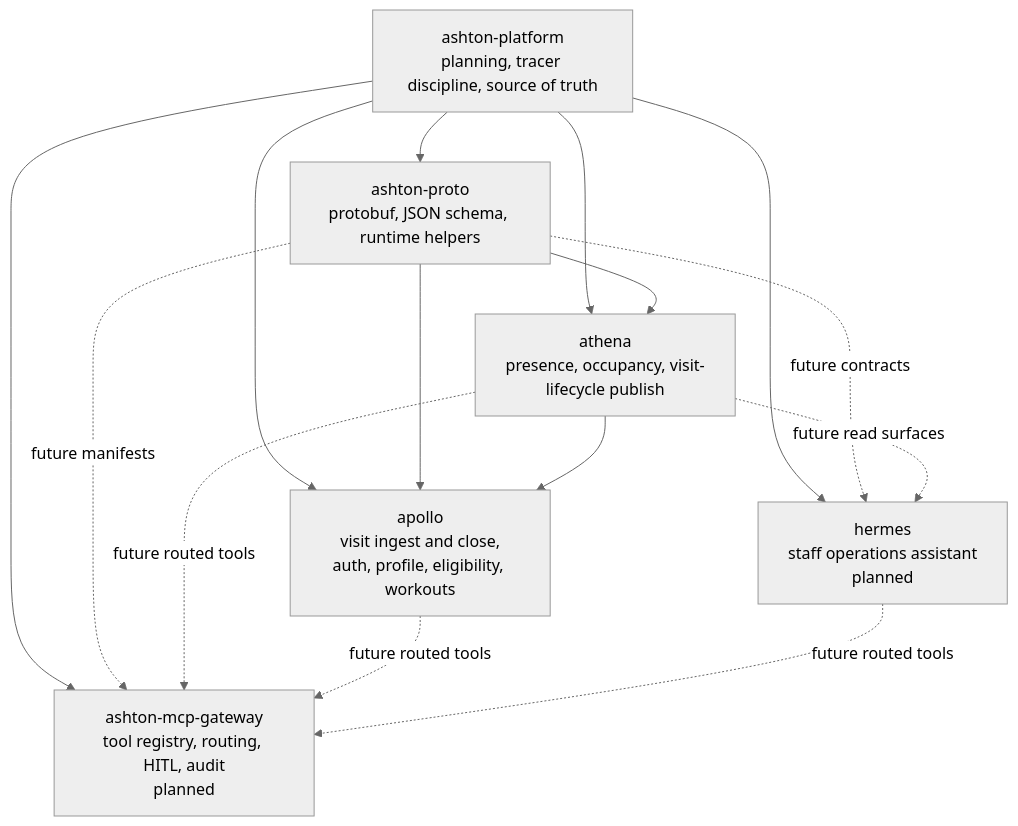
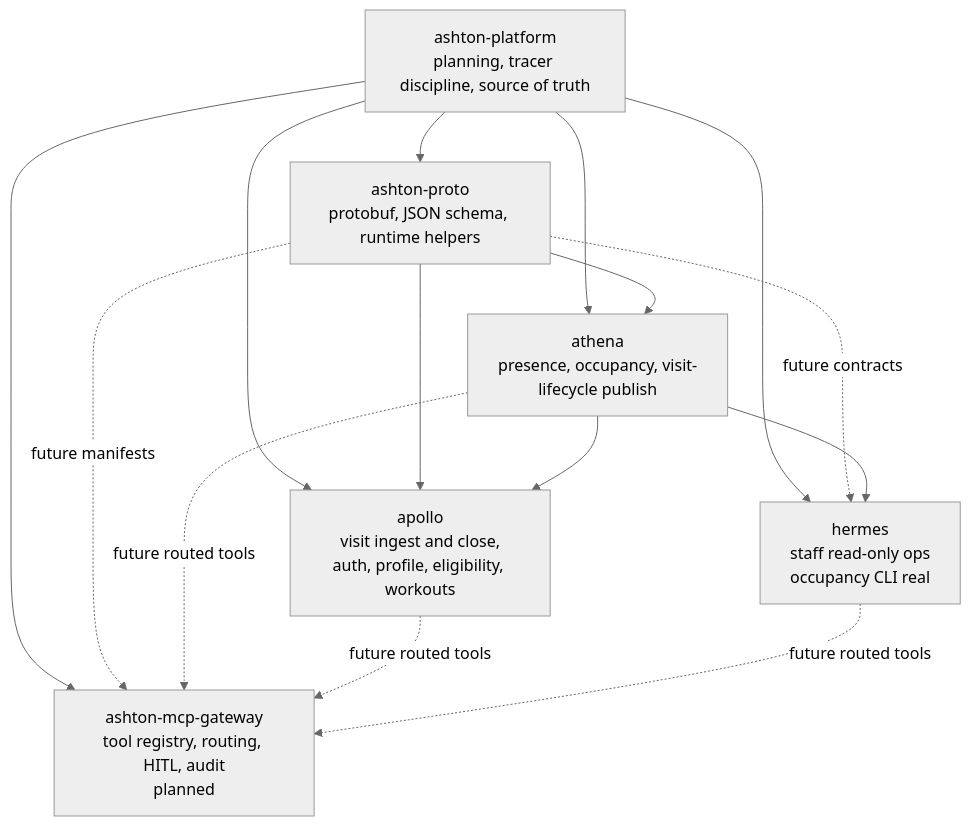
The first of 2 diagrams in README.md (ixxet/ashton-platform), drawn with Mermaid (neutral theme) before and after one commit. The commit also changed other lines of this file and 3 other files, not shown here.

````diff
--- a/README.md
+++ b/README.md
@@ -28,26 +28,26 @@
 ```mermaid
 flowchart TD
   platform["ashton-platform<br/>planning, tracer discipline, source of truth"]
   proto["ashton-proto<br/>protobuf, JSON schema, runtime helpers"]
   athena["athena<br/>presence, occupancy, visit-lifecycle publish"]
   apollo["apollo<br/>visit ingest and close,<br/>auth, profile, eligibility, workouts"]
-  hermes["hermes<br/>staff operations assistant<br/>planned"]
+  hermes["hermes<br/>staff read-only ops<br/>occupancy CLI real"]
   gateway["ashton-mcp-gateway<br/>tool registry, routing, HITL, audit<br/>planned"]
 
   platform --> proto
   platform --> athena
   platform --> apollo
   platform --> hermes
   platform --> gateway
 
   proto --> athena
   proto --> apollo
   proto -. future contracts .-> hermes
   proto -. future manifests .-> gateway
 
   athena --> apollo
-  athena -. future read surfaces .-> hermes
+  athena --> hermes
   athena -. future routed tools .-> gateway
   apollo -. future routed tools .-> gateway
   hermes -. future routed tools .-> gateway
 ```
````
